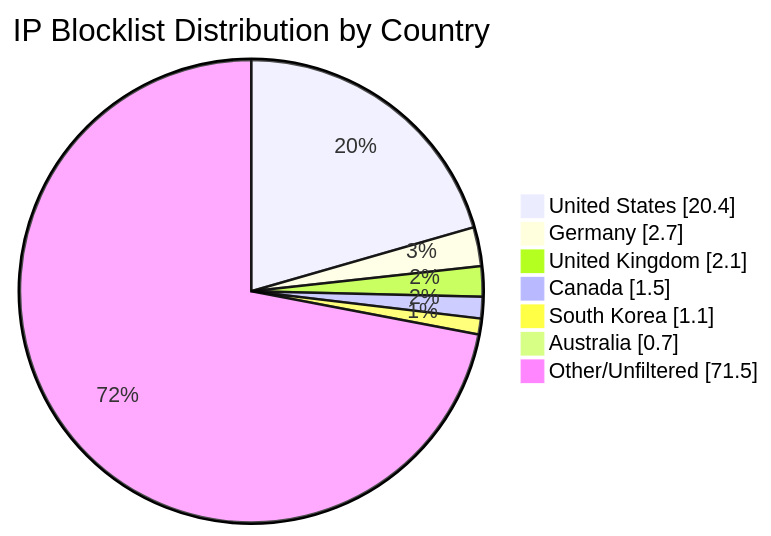
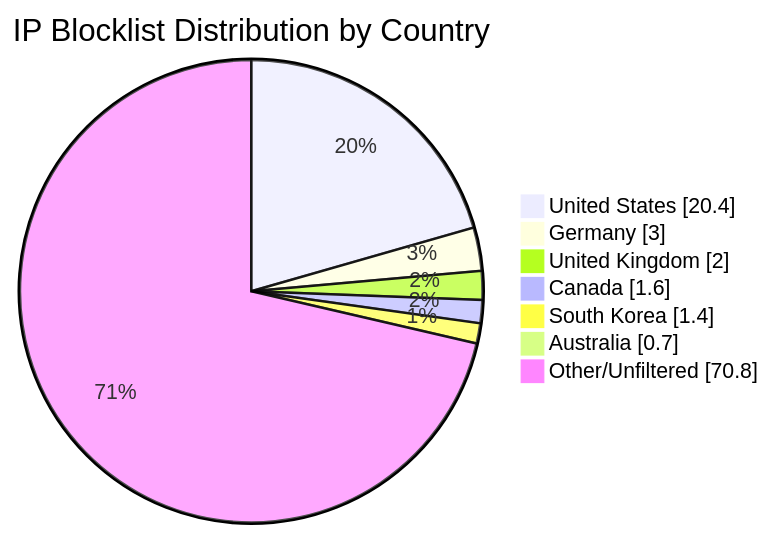
The diagram in README.md (MarcusHoltz/ipblocklist-geofiltered-aggregator), drawn with Mermaid before and after one commit. The commit also changed other lines of this file and 9 other files, not shown here.

````diff
--- a/README.md
+++ b/README.md
@@ -34,10 +34,10 @@
 ```mermaid
 pie showData title IP Blocklist Distribution by Country
 "United States" : 20.4
-"Germany" : 2.7
-"United Kingdom" : 2.1
-"Canada" : 1.5
-"South Korea" : 1.1
+"Germany" : 3.0
+"United Kingdom" : 2.0
+"Canada" : 1.6
+"South Korea" : 1.4
 "Australia" : 0.7
-"Other/Unfiltered" : 71.5
+"Other/Unfiltered" : 70.8
 ```
````
